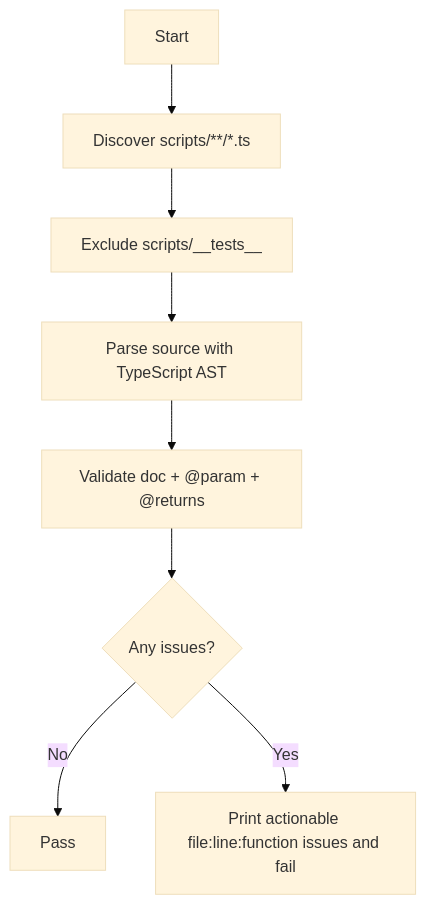
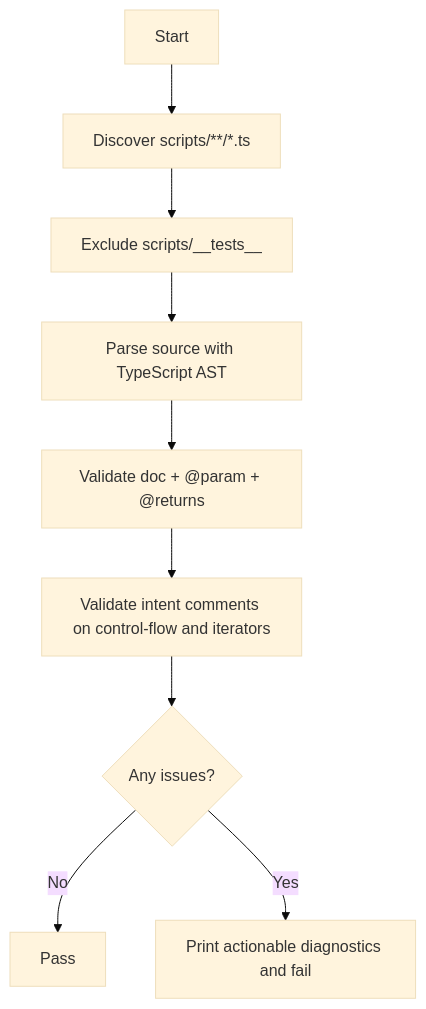
One commit to equinor/fusion-skills changed the diagram in scripts/validate-scripts/README.md. Above: the diagram before and after it, drawn with Mermaid (base theme). The commit also changed other lines of this file and 40 other files, not shown here.

Commit message:
chore(scripts): enforce script intent comments and use natural wording

````diff
--- a/scripts/validate-scripts/README.md
+++ b/scripts/validate-scripts/README.md
@@ -24,10 +25,11 @@
 ```mermaid
 flowchart TD
   A[Start] --> B[Discover scripts/**/*.ts]
   B --> C[Exclude scripts/__tests__]
   C --> D[Parse source with TypeScript AST]
   D --> E[Validate doc + @param + @returns]
-  E --> F{Any issues?}
-  F -- No --> G[Pass]
-  F -- Yes --> H[Print actionable file:line:function issues and fail]
+  E --> F[Validate intent comments on control-flow and iterators]
+  F --> G{Any issues?}
+  G -- No --> H[Pass]
+  G -- Yes --> I[Print actionable diagnostics and fail]
 ```
````
